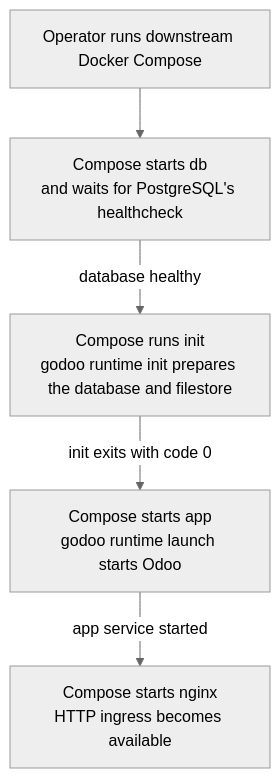
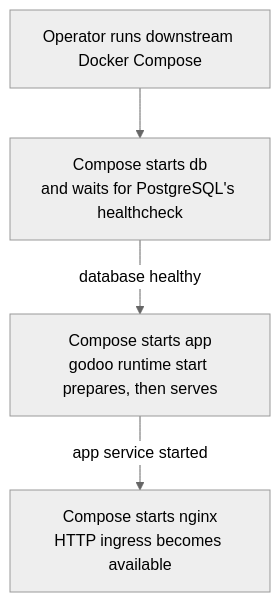
Before and after one commit to OpenJKSoftware/gOdoo: the first of 2 diagrams in docs/downstream.md, drawn with Mermaid (neutral theme). The commit also changed other lines of this file and 16 other files, not shown here.

````diff
--- a/docs/downstream.md
+++ b/docs/downstream.md
@@ -15,8 +15,7 @@
 ```mermaid
 flowchart TD
     Compose["Operator runs downstream Docker Compose"]
     Compose --> DB["Compose starts db<br/>and waits for PostgreSQL's healthcheck"]
-    DB -->|database healthy| Init["Compose runs init<br/>godoo runtime init prepares the database and filestore"]
-    Init -->|init exits with code 0| App["Compose starts app<br/>godoo runtime launch starts Odoo"]
+    DB -->|database healthy| App["Compose starts app<br/>godoo runtime start prepares, then serves"]
     App -->|app service started| Nginx["Compose starts nginx<br/>HTTP ingress becomes available"]
 ```
````
